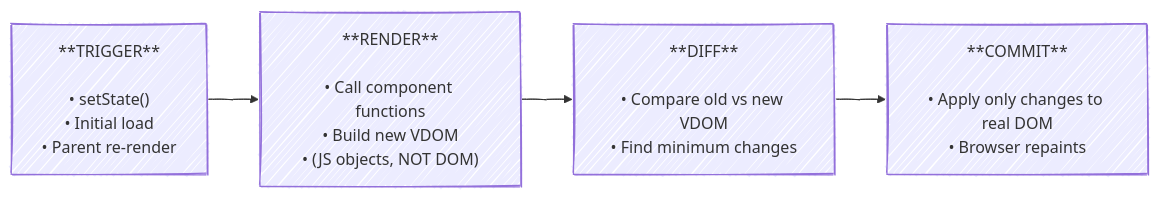
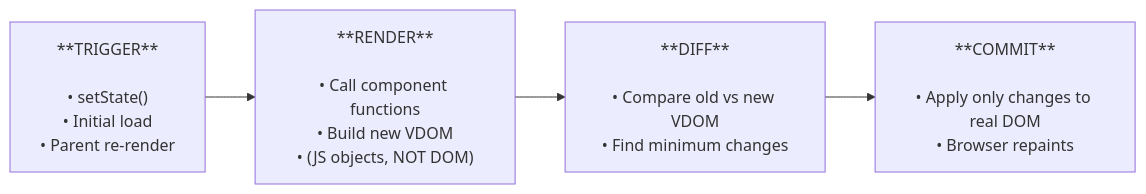
The third of 3 diagrams in chapters/00-react-architecture/CHAPTER.md (bobby-openclaw/react-learning), drawn with Mermaid before and after one commit. The commit also changed other lines of this file and 25 other files, not shown here.

First line of the commit message:
docs: replace all ASCII diagrams with Mermaid, remove sketch style

````diff
--- a/chapters/00-react-architecture/CHAPTER.md
+++ b/chapters/00-react-architecture/CHAPTER.md
@@ -220,9 +242,9 @@
 ```mermaid
-%%{init: {'theme': 'default', 'look': 'handDrawn'}}%%
+%%{init: {'theme':'default'}}%%
 flowchart LR
-    T["**TRIGGER**\n\n• setState()\n• Initial load\n• Parent re-render"]
-    R["**RENDER**\n\n• Call component functions\n• Build new VDOM\n• (JS objects, NOT DOM)"]
-    D["**DIFF**\n\n• Compare old vs new VDOM\n• Find minimum changes"]
-    C["**COMMIT**\n\n• Apply only changes to real DOM\n• Browser repaints"]
+    T["**TRIGGER**<br/><br/>• setState()<br/>• Initial load<br/>• Parent re-render"]
+    R["**RENDER**<br/><br/>• Call component functions<br/>• Build new VDOM<br/>• (JS objects, NOT DOM)"]
+    D["**DIFF**<br/><br/>• Compare old vs new VDOM<br/>• Find minimum changes"]
+    C["**COMMIT**<br/><br/>• Apply only changes to real DOM<br/>• Browser repaints"]
     T --> R --> D --> C
 ```
````
